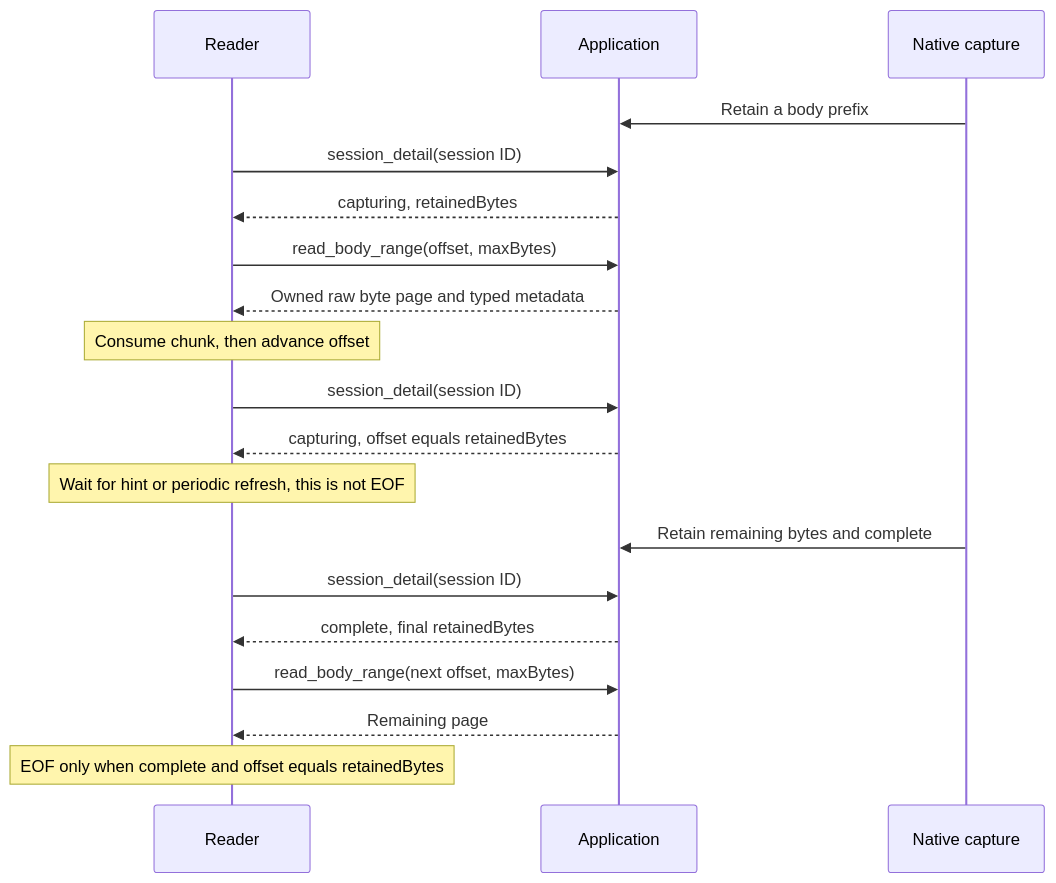
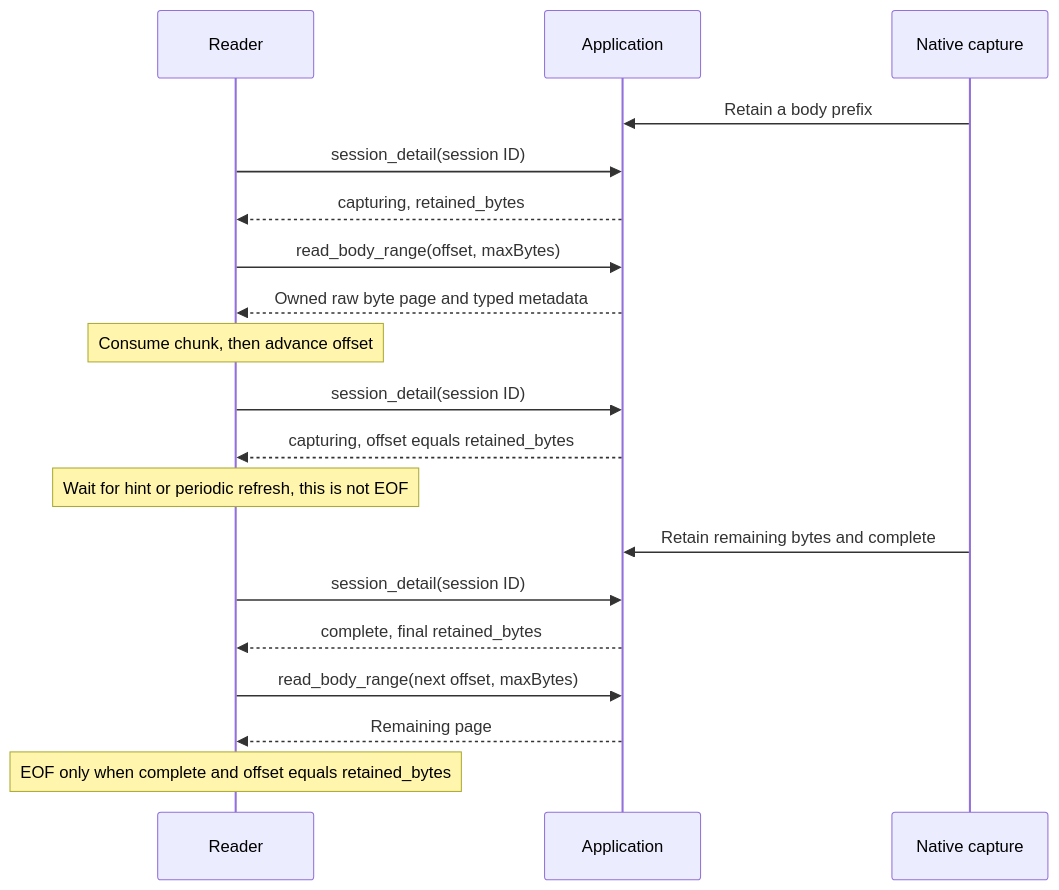
The third of 3 diagrams in sdk/README.md (erik-anderson/transmog), drawn with Mermaid before and after one commit. The commit also changed other lines of this file and 3 other files, not shown here.

````diff
--- a/sdk/README.md
+++ b/sdk/README.md
@@ -257,21 +281,21 @@
 ```mermaid
 sequenceDiagram
     participant Reader
     participant SDK as Application
     participant Capture as Native capture
     Capture->>SDK: Retain a body prefix
     Reader->>SDK: session_detail(session ID)
-    SDK-->>Reader: capturing, retainedBytes
+    SDK-->>Reader: capturing, retained_bytes
     Reader->>SDK: read_body_range(offset, maxBytes)
     SDK-->>Reader: Owned raw byte page and typed metadata
     Note over Reader: Consume chunk, then advance offset
     Reader->>SDK: session_detail(session ID)
-    SDK-->>Reader: capturing, offset equals retainedBytes
+    SDK-->>Reader: capturing, offset equals retained_bytes
     Note over Reader: Wait for hint or periodic refresh, this is not EOF
     Capture->>SDK: Retain remaining bytes and complete
     Reader->>SDK: session_detail(session ID)
-    SDK-->>Reader: complete, final retainedBytes
+    SDK-->>Reader: complete, final retained_bytes
     Reader->>SDK: read_body_range(next offset, maxBytes)
     SDK-->>Reader: Remaining page
-    Note over Reader: EOF only when complete and offset equals retainedBytes
+    Note over Reader: EOF only when complete and offset equals retained_bytes
 ```
````
